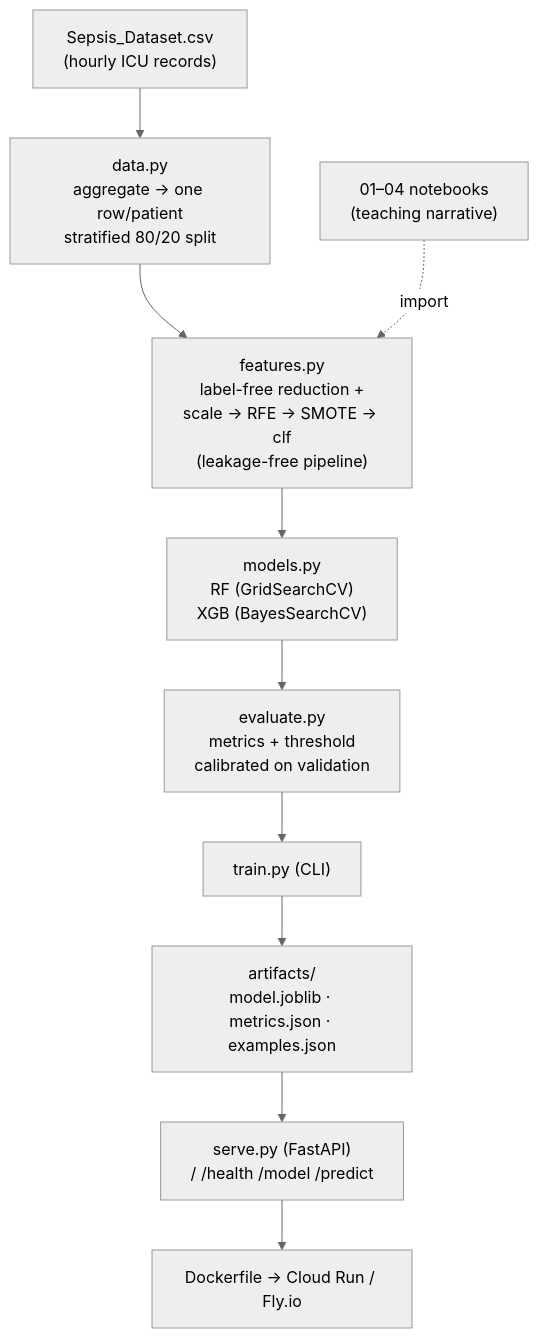
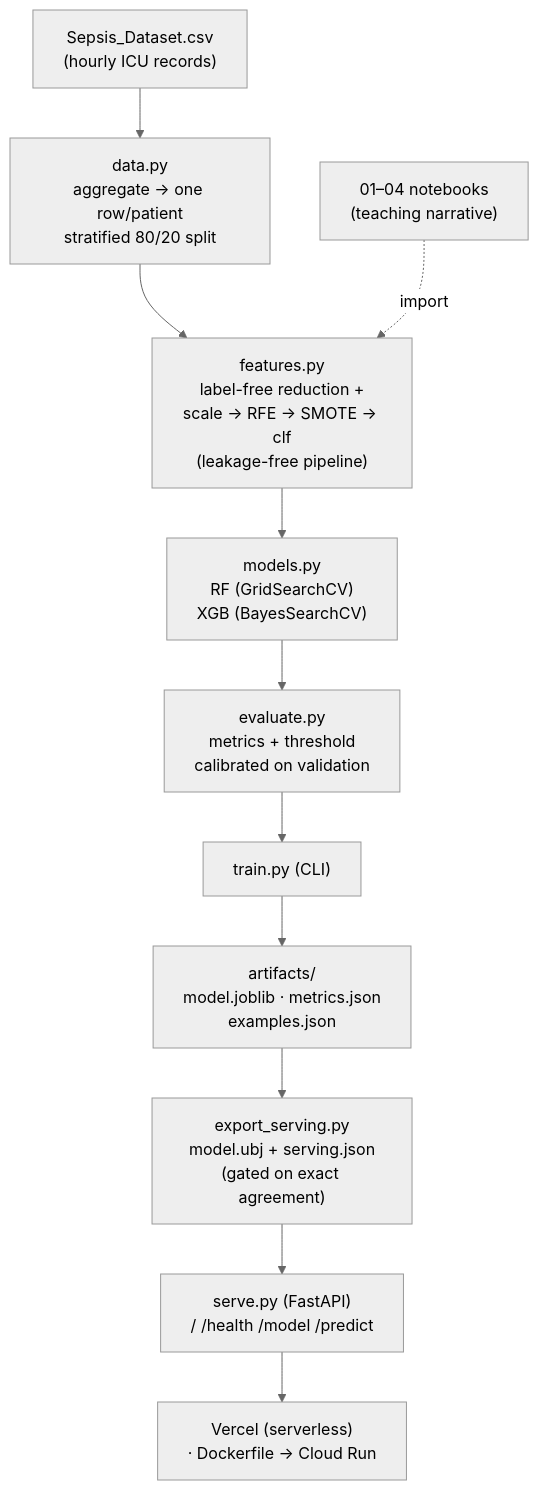
The diagram in README.md (shiva-shivanibokka/Sepsis-ML-Model), drawn with Mermaid (neutral theme) before and after one commit. The commit also changed other lines of this file and 1 other file, not shown here.

First line of the commit message:
Document the Vercel deploy, the model export, and the new demo page

````diff
--- a/README.md
+++ b/README.md
@@ -52,12 +58,13 @@
 ```mermaid
 flowchart TD
     RAW["Sepsis_Dataset.csv<br/>(hourly ICU records)"] --> DATA["data.py<br/>aggregate → one row/patient<br/>stratified 80/20 split"]
     DATA --> FEAT["features.py<br/>label-free reduction +<br/>scale → RFE → SMOTE → clf<br/>(leakage-free pipeline)"]
     FEAT --> MODELS["models.py<br/>RF (GridSearchCV)<br/>XGB (BayesSearchCV)"]
     MODELS --> EVAL["evaluate.py<br/>metrics + threshold<br/>calibrated on validation"]
     EVAL --> TRAIN["train.py (CLI)"]
-    TRAIN --> ART["artifacts/<br/>model.joblib · metrics.json · examples.json"]
-    ART --> SERVE["serve.py (FastAPI)<br/>/ /health /model /predict"]
-    SERVE --> DOCKER["Dockerfile → Cloud Run / Fly.io"]
+    TRAIN --> ART["artifacts/<br/>model.joblib · metrics.json<br/>examples.json"]
+    ART --> EXPORT["export_serving.py<br/>model.ubj + serving.json<br/>(gated on exact agreement)"]
+    EXPORT --> SERVE["serve.py (FastAPI)<br/>/ /health /model /predict"]
+    SERVE --> DEPLOY["Vercel (serverless)<br/>· Dockerfile → Cloud Run"]
     NB["01–04 notebooks<br/>(teaching narrative)"] -. import .-> FEAT
 ```
````
